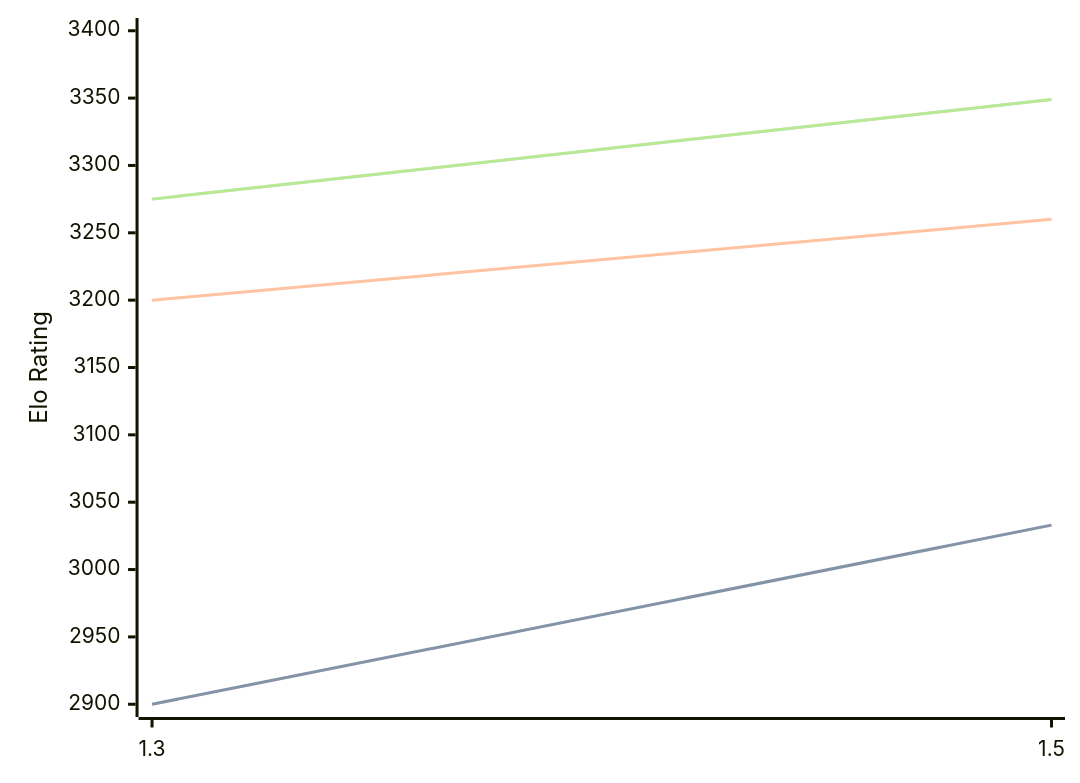
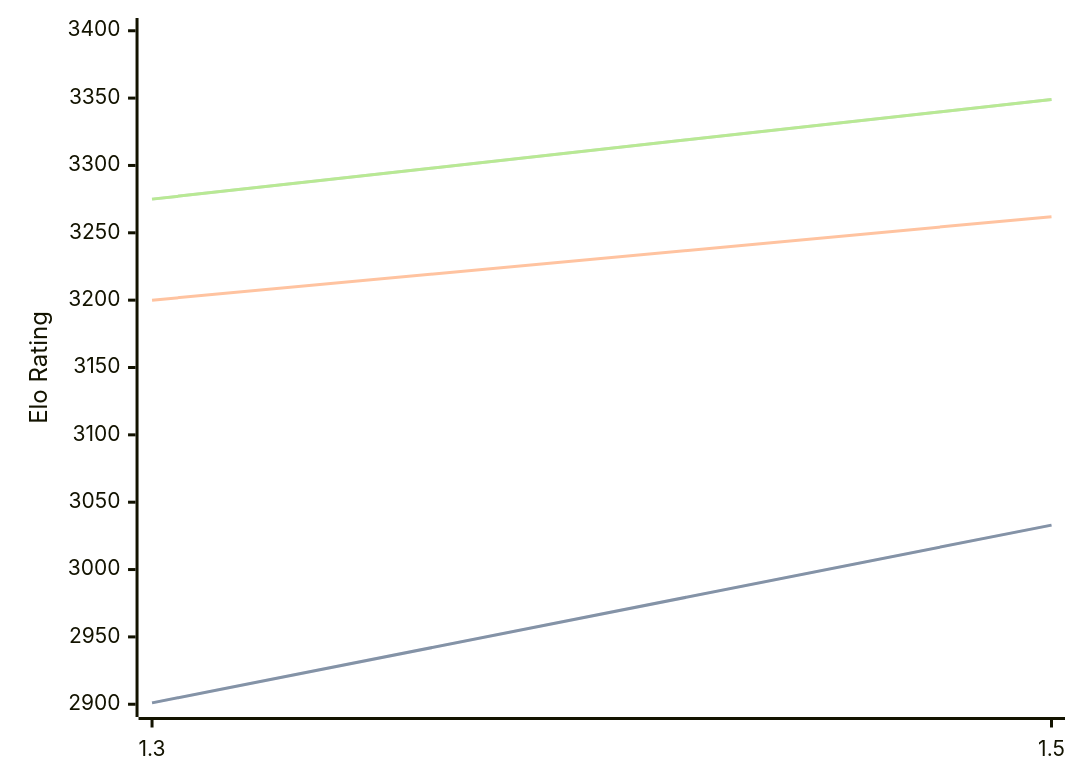
The diagram in engines/Lambergar.md (computer-chess-index/cci), drawn with Mermaid before and after one commit. The commit also changed other lines of this file, not shown here.

````diff
--- a/engines/Lambergar.md
+++ b/engines/Lambergar.md
@@ -44,11 +44,11 @@
 ```mermaid
 %%{init: {"theme":"base","themeVariables":{"seriesColors:['#a3a3a3','#222221','#faa371']}}}%%
 xychart-beta
   x-axis ["1.3", "1.5"]
   y-axis "Elo Rating" 2900 --> 3400
-  line "STC (8.0+0.08s)" [2900, 3033]
-  line "STC (8.0+0.08s)" [2900, 3033]
-  line "LTC (60.0+0.60s)" [3200, 3260]
+  line "STC (8.0+0.08s)" [2901, 3033]
+  line "STC (8.0+0.08s)" [2901, 3033]
+  line "LTC (60.0+0.60s)" [3200, 3262]
   line "VLTC (2m24s+1.12s)" [3275, 3349]
   line "VLTC (2m24s+1.12s)" [3275, 3349]
 ```
````
